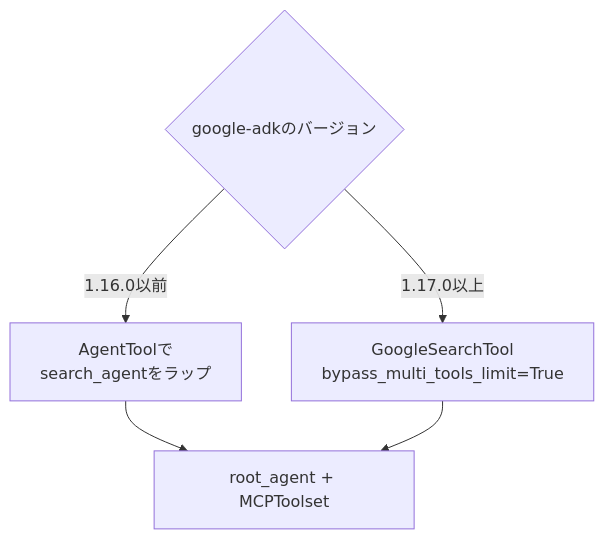
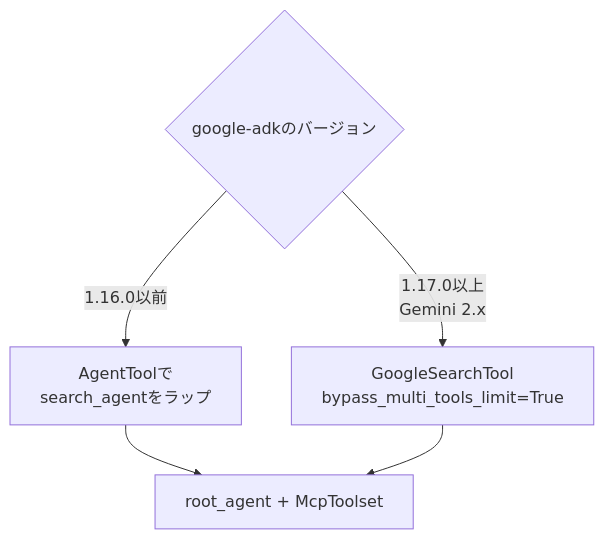
Before and after one commit to myoshi2891/Cloud-Infrastructure-Studies: the fifth of 6 diagrams in Zoo-tour-guide-mcp-adk-challenge-lab-guide.md, drawn with Mermaid. The commit also changed other lines of this file, not shown here.

Commit message:
docs(zoo-tour): align current ADK deployment guidance

````diff
--- a/Zoo-tour-guide-mcp-adk-challenge-lab-guide.md
+++ b/Zoo-tour-guide-mcp-adk-challenge-lab-guide.md
@@ -384,8 +383,8 @@
 ```mermaid
 flowchart TB
     Version{"google-adkのバージョン"}
     Version -->|"1.16.0以前"| Legacy["AgentToolで<br/>search_agentをラップ"]
-    Version -->|"1.17.0以上"| Current["GoogleSearchTool<br/>bypass_multi_tools_limit=True"]
-    Legacy --> Root["root_agent + MCPToolset"]
+    Version -->|"1.17.0以上<br/>Gemini 2.x"| Current["GoogleSearchTool<br/>bypass_multi_tools_limit=True"]
+    Legacy --> Root["root_agent + McpToolset"]
     Current --> Root
 ```
````
